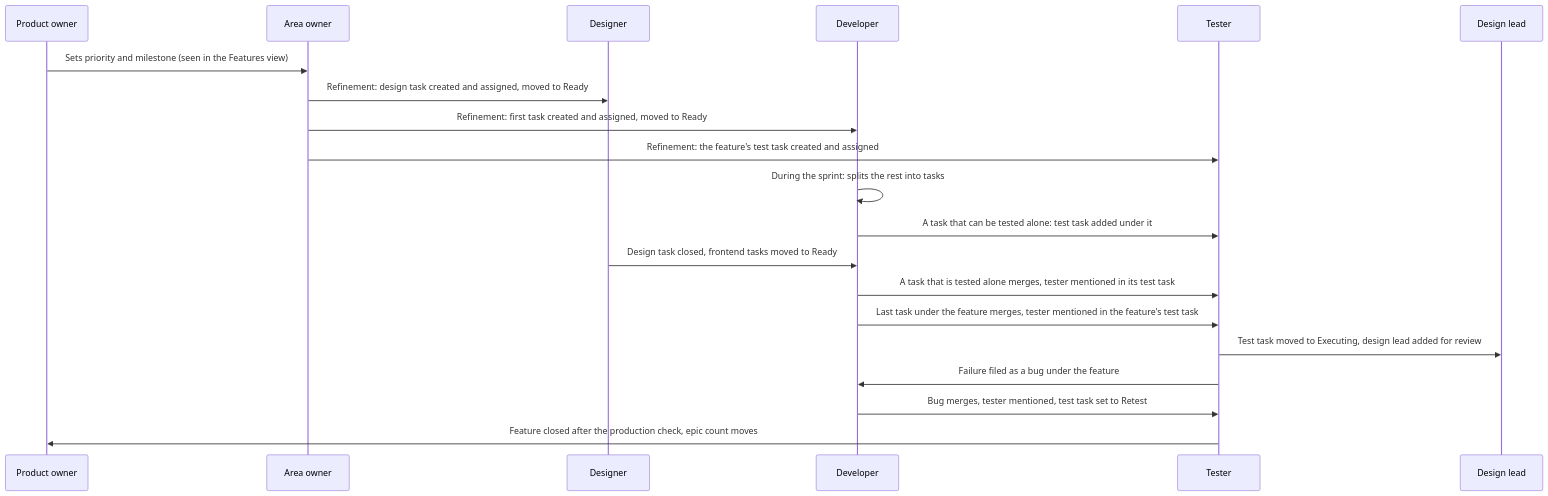
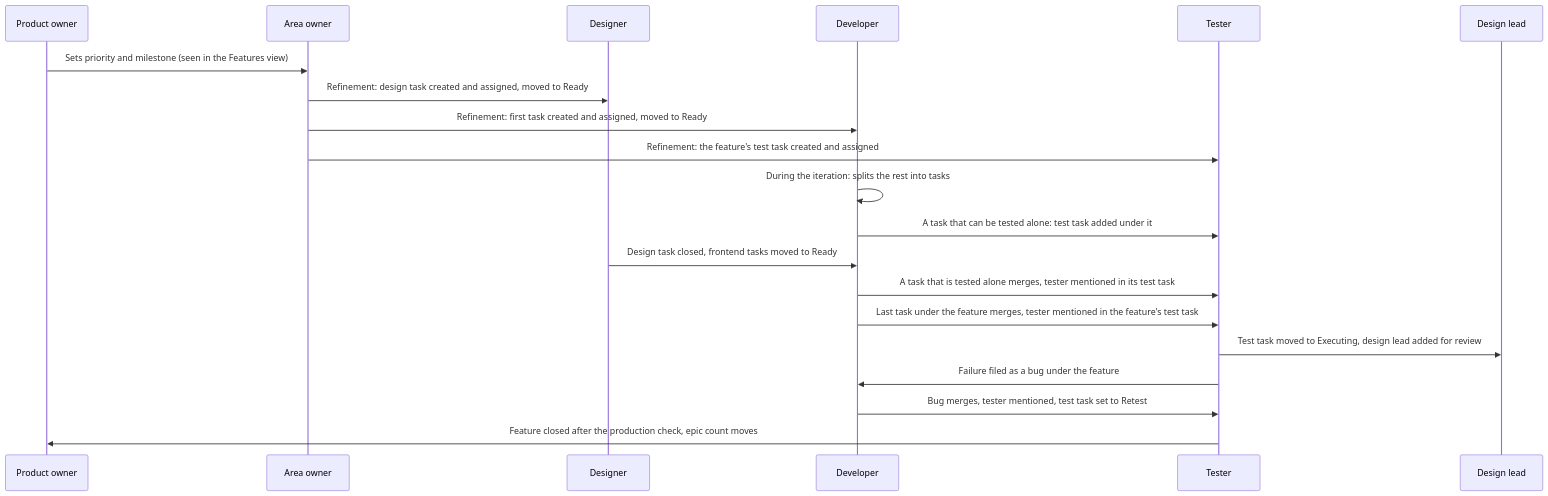
The second of 2 diagrams in docs/process/how-we-work.md (Altinn/altinn-auth), drawn with Mermaid before and after one commit. The commit also changed other lines of this file and 5 other files, not shown here.

````diff
--- a/docs/process/how-we-work.md
+++ b/docs/process/how-we-work.md
@@ -80,22 +80,22 @@
 ```mermaid
 sequenceDiagram
     participant PO as Product owner
     participant AO as Area owner
     participant De as Designer
     participant Dev as Developer
     participant T as Tester
     participant DL as Design lead
     PO->>AO: Sets priority and milestone (seen in the Features view)
     AO->>De: Refinement: design task created and assigned, moved to Ready
     AO->>Dev: Refinement: first task created and assigned, moved to Ready
     AO->>T: Refinement: the feature's test task created and assigned
-    Dev->>Dev: During the sprint: splits the rest into tasks
+    Dev->>Dev: During the iteration: splits the rest into tasks
     Dev->>T: A task that can be tested alone: test task added under it
     De->>Dev: Design task closed, frontend tasks moved to Ready
     Dev->>T: A task that is tested alone merges, tester mentioned in its test task
     Dev->>T: Last task under the feature merges, tester mentioned in the feature's test task
     T->>DL: Test task moved to Executing, design lead added for review
     T->>Dev: Failure filed as a bug under the feature
     Dev->>T: Bug merges, tester mentioned, test task set to Retest
     T->>PO: Feature closed after the production check, epic count moves
 ```
````
